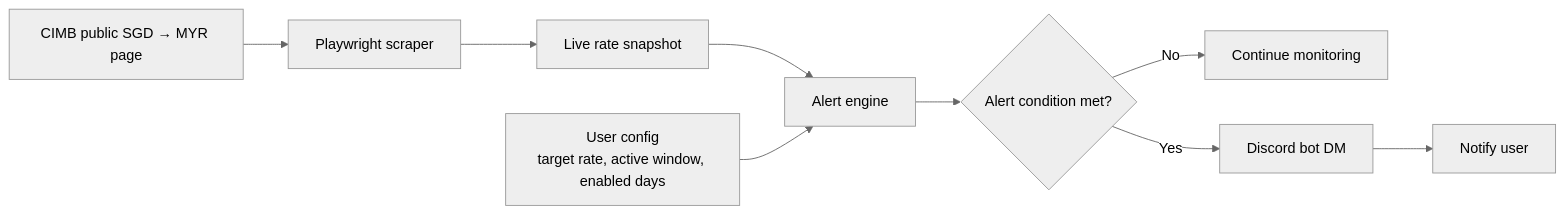
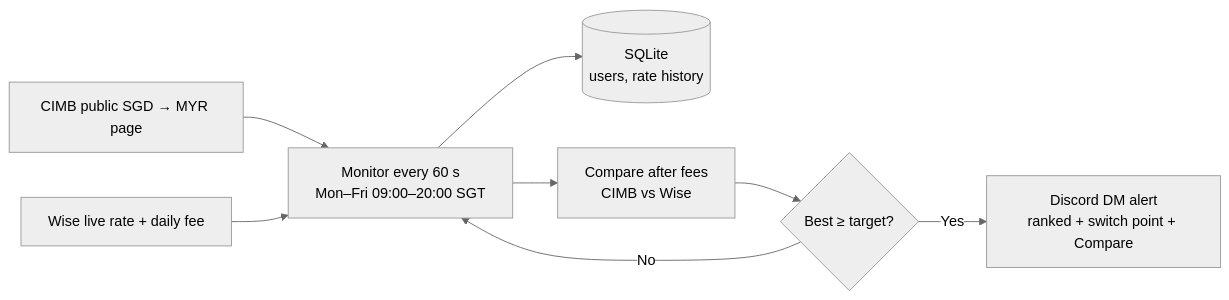
One commit to weewooweewooo/cimb-rate-sgd-myr changed the diagram in README.md. Above: the diagram before and after it, drawn with Mermaid (neutral theme). The commit also changed other lines of this file and 8 other files, not shown here.

````diff
--- a/README.md
+++ b/README.md
@@ -46,13 +51,10 @@
 ```mermaid
 flowchart LR
-    A[CIMB public SGD → MYR page] --> B[Playwright scraper]
-    B --> C[Live rate snapshot]
-    C --> D[Alert engine]
-
-    U[User config<br/>target rate, active window, enabled days] --> D
-
-    D --> E{Alert condition met?}
-    E -- No --> F[Continue monitoring]
-    E -- Yes --> G[Discord bot DM]
-    G --> H[Notify user]
+    A[CIMB public SGD → MYR page] --> C[Monitor every 60 s<br/>Mon–Fri 09:00–20:00 SGT]
+    B[Wise live rate + daily fee] --> C
+    C --> D[(SQLite<br/>users, rate history)]
+    C --> E[Compare after fees<br/>CIMB vs Wise]
+    E --> F{Best ≥ target?}
+    F -- No --> C
+    F -- Yes --> G[Discord DM alert<br/>ranked + switch point + Compare]
 ```
````
